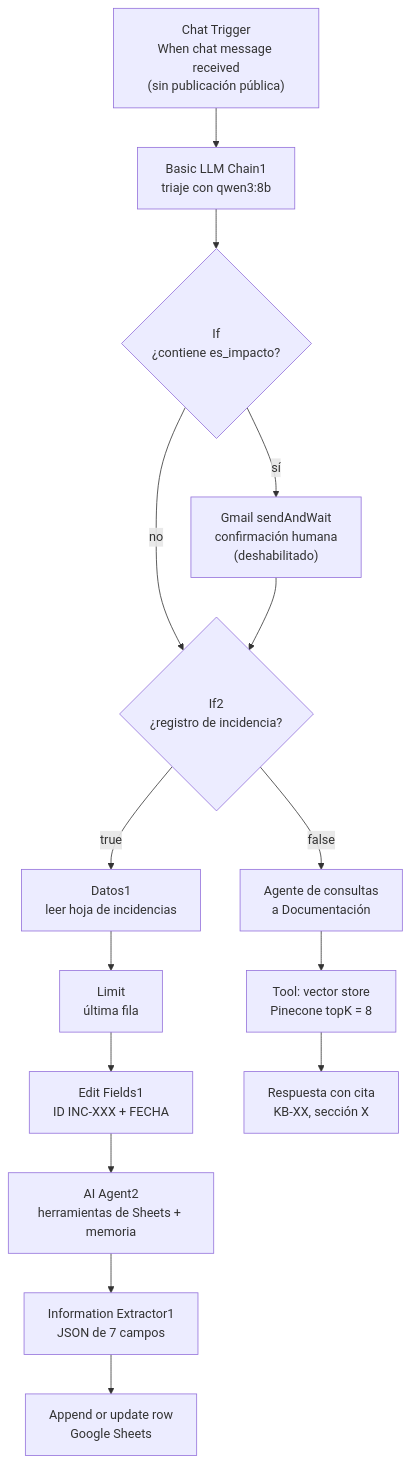
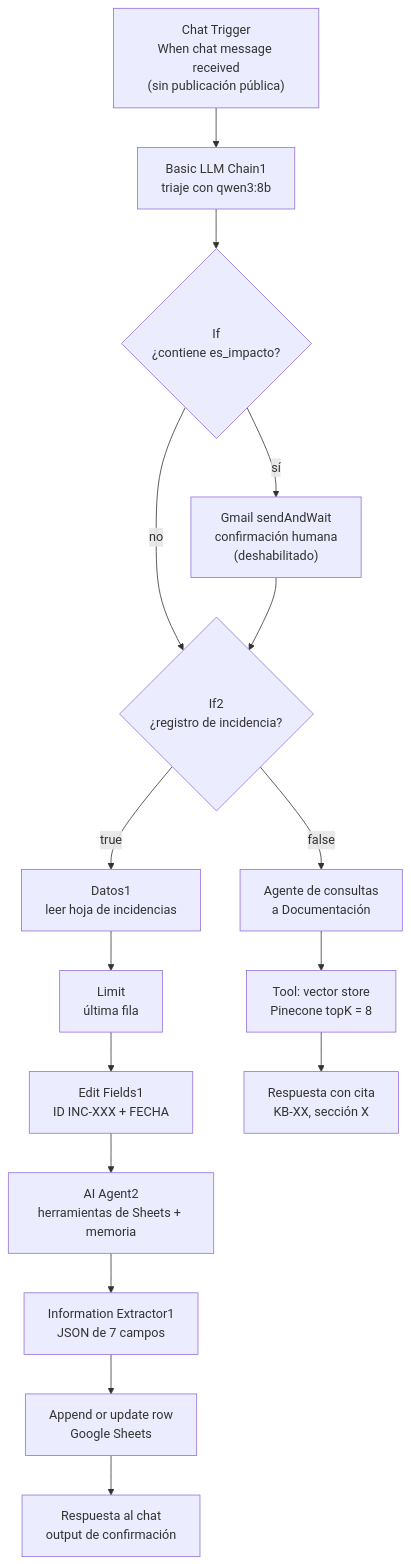
Before and after one commit to Charlie-24/Asistente-Negocio-N8N-: the first of 2 diagrams in README.md, drawn with Mermaid. The commit also changed other lines of this file and 1 other file, not shown here.

````diff
--- a/README.md
+++ b/README.md
@@ -41,17 +41,18 @@
 ```mermaid
 flowchart TD
     A["Chat Trigger<br/>When chat message received<br/>(sin publicación pública)"] --> B["Basic LLM Chain1<br/>triaje con qwen3:8b"]
     B --> C{"If<br/>¿contiene es_impacto?"}
     C -->|"sí"| D["Gmail sendAndWait<br/>confirmación humana<br/>(deshabilitado)"]
     C -->|"no"| E
     D --> E{"If2<br/>¿registro de incidencia?"}
     E -->|"true"| F["Datos1<br/>leer hoja de incidencias"]
     F --> G["Limit<br/>última fila"]
     G --> H["Edit Fields1<br/>ID INC-XXX + FECHA"]
     H --> I["AI Agent2<br/>herramientas de Sheets + memoria"]
     I --> J["Information Extractor1<br/>JSON de 7 campos"]
     J --> K["Append or update row<br/>Google Sheets"]
+    K --> O["Respuesta al chat<br/>output de confirmación"]
     E -->|"false"| L["Agente de consultas<br/>a Documentación"]
     L --> M["Tool: vector store<br/>Pinecone topK = 8"]
     M --> N["Respuesta con cita<br/>KB-XX, sección X"]
 ```
````
